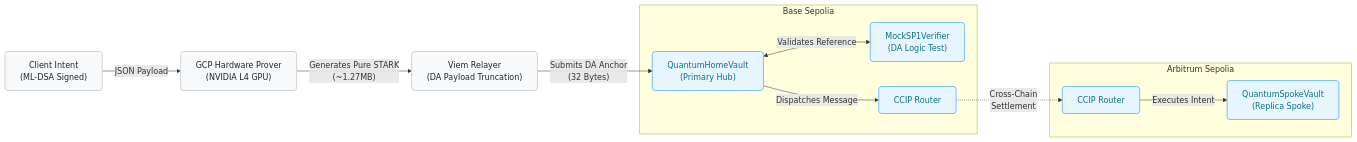
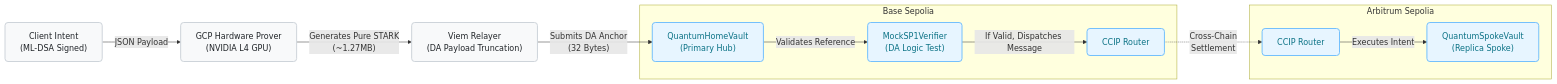
One commit to vjb/quantum-safe-cre changed the diagram in README.md. Above: the diagram before and after it, drawn with Mermaid.

Commit message:
docs: Fix Mermaid sequential flow

````diff
--- a/README.md
+++ b/README.md
@@ -15,36 +15,36 @@
 ```mermaid
 graph LR
     %% Core Entities
     Client["Client Intent\n(ML-DSA Signed)"]
     GCP["GCP Hardware Prover\n(NVIDIA L4 GPU)"]
     Relayer["Viem Relayer\n(DA Payload Truncation)"]
     
     %% Base Sepolia
     subgraph Base Sepolia
         HomeVault["QuantumHomeVault\n(Primary Hub)"]
         MockVerifier["MockSP1Verifier\n(DA Logic Test)"]
         CCIP_Router_Base["CCIP Router"]
     end
     
     %% Arbitrum Sepolia
     subgraph Arbitrum Sepolia
         CCIP_Router_Arb["CCIP Router"]
         SpokeVault["QuantumSpokeVault\n(Replica Spoke)"]
     end
 
     %% Execution Flow
     Client -->|"JSON Payload"| GCP
     GCP -->|"Generates Pure STARK\n(~1.27MB)"| Relayer
     Relayer -->|"Submits DA Anchor\n(32 Bytes)"| HomeVault
-    HomeVault <-->|"Validates Reference"| MockVerifier
-    HomeVault -->|"Dispatches Message"| CCIP_Router_Base
+    HomeVault -->|"Validates Reference"| MockVerifier
+    MockVerifier -->|"If Valid, Dispatches Message"| CCIP_Router_Base
     CCIP_Router_Base -.->|"Cross-Chain\nSettlement"| CCIP_Router_Arb
     CCIP_Router_Arb -->|"Executes Intent"| SpokeVault
     
     %% Styling
     classDef execution fill:#f8f9fa,stroke:#ced4da,stroke-width:2px,color:#212529,rx:6px,ry:6px;
     classDef onchain fill:#e7f5ff,stroke:#74c0fc,stroke-width:2px,color:#0b7285,rx:6px,ry:6px;
     
     class Client,GCP,Relayer execution;
     class HomeVault,MockVerifier,CCIP_Router_Base,CCIP_Router_Arb,SpokeVault onchain;
 ```
````
